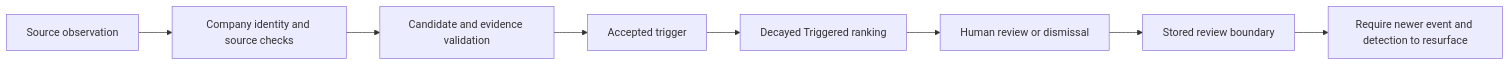
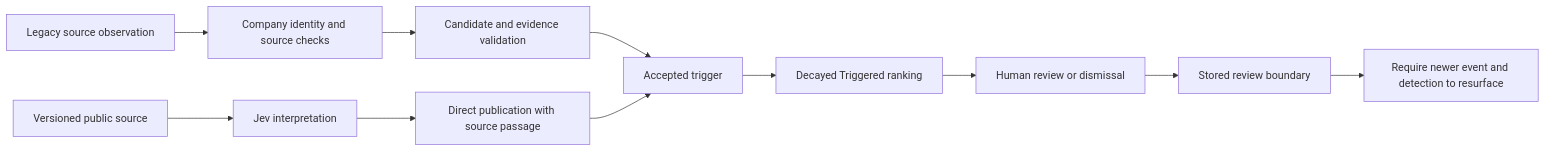
One commit to armansra-hub/stanley changed the second of 2 diagrams in docs/ARCHITECTURE.md. Above: the diagram before and after it, drawn with Mermaid. The commit also changed other lines of this file and 46 other files, not shown here.

````diff
--- a/docs/ARCHITECTURE.md
+++ b/docs/ARCHITECTURE.md
@@ -53,10 +60,13 @@
 ```mermaid
 flowchart LR
-  S[Source observation] --> I[Company identity and source checks]
+  S[Legacy source observation] --> I[Company identity and source checks]
   I --> C[Candidate and evidence validation]
   C --> T[Accepted trigger]
+  E[Versioned public source] --> J[Jev interpretation]
+  J --> P[Direct publication with source passage]
+  P --> T
   T --> R[Decayed Triggered ranking]
   R --> H[Human review or dismissal]
   H --> B[Stored review boundary]
   B --> F[Require newer event and detection to resurface]
 ```
````
